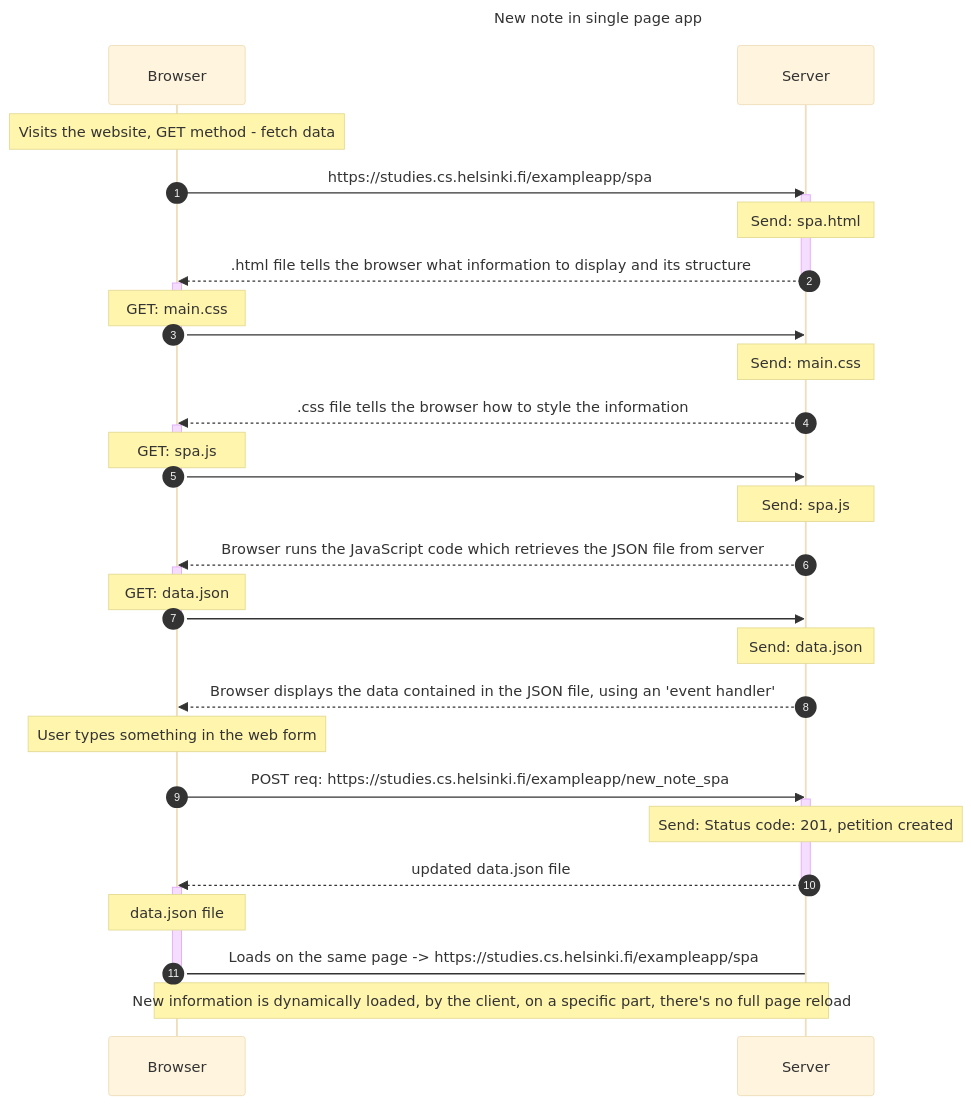
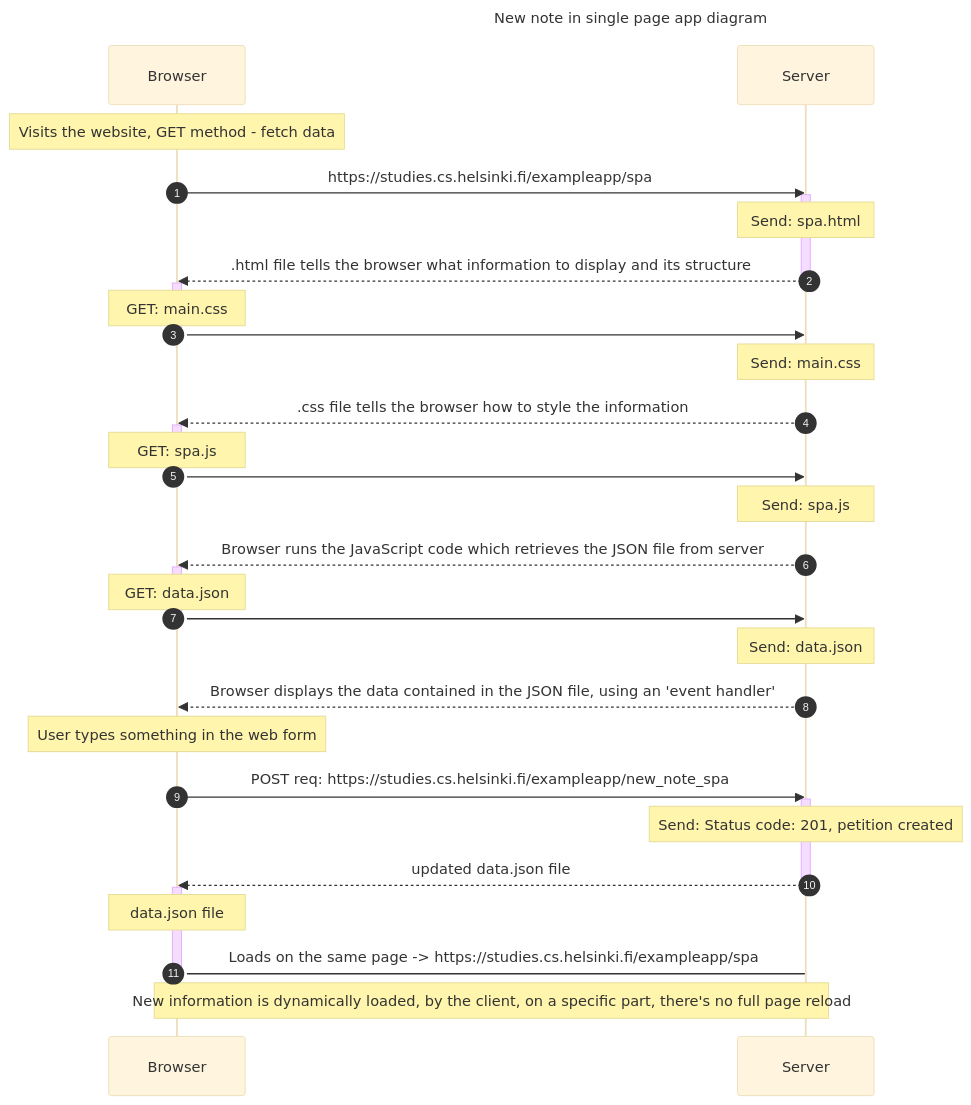
Before and after one commit to Bitlaw/fullstackopen-submissions-repository: the diagram in part0/new-note-in-single-page-app-diagram.mmd, drawn with Mermaid (base theme).

```diff
--- a/part0/new-note-in-single-page-app-diagram.mmd
+++ b/part0/new-note-in-single-page-app-diagram.mmd
@@ -1,51 +1,51 @@
 ---
-title: New note in single page app
+title: New note in single page app diagram
 ---
 
 sequenceDiagram
 
     autonumber
 
     Note over Browser:  Visits the website, GET method - fetch data
     Browser->>Server: https://studies.cs.helsinki.fi/exampleapp/spa
 
     activate Server
     Note over Server: Send: spa.html
     Server-->>Browser: .html file tells the browser what information to display and its structure
     deactivate Server
 
     activate Browser 
     Note over Browser: GET: main.css 
     Browser->>Server: 
     deactivate Browser 
     Note over Server: Send: main.css 
     Server-->>Browser: .css file tells the browser how to style the information
 
     activate Browser 
     Note over Browser: GET: spa.js 
     Browser->>Server: 
     deactivate Browser 
     Note over Server: Send: spa.js 
     Server-->>Browser: Browser runs the JavaScript code which retrieves the JSON file from server
 
     activate Browser 
     Note over Browser: GET: data.json 
     Browser->>Server: 
     deactivate Browser 
     Note over Server: Send: data.json
     Server-->>Browser: Browser displays the data contained in the JSON file, using an 'event handler'
 
 Note over Browser: User types something in the web form 
     Browser->>Server: POST req: https://studies.cs.helsinki.fi/exampleapp/new_note_spa
 
     activate Server
     Note over Server: Send: Status code: 201, petition created
     Server-->>Browser: updated data.json  file
     deactivate Server
 
     activate Browser 
     Note over Browser: data.json file 
     Browser->Server: Loads on the same page -> https://studies.cs.helsinki.fi/exampleapp/spa
     deactivate Browser 
  
  Note over Browser, Server: New information is dynamically loaded, by the client, on a specific part, there's no full page reload
```
